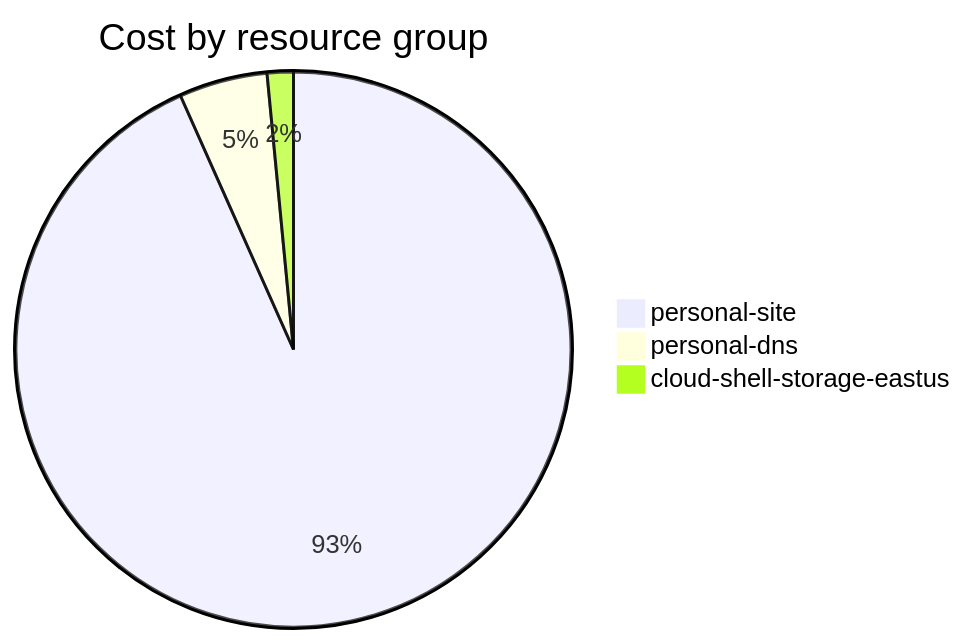
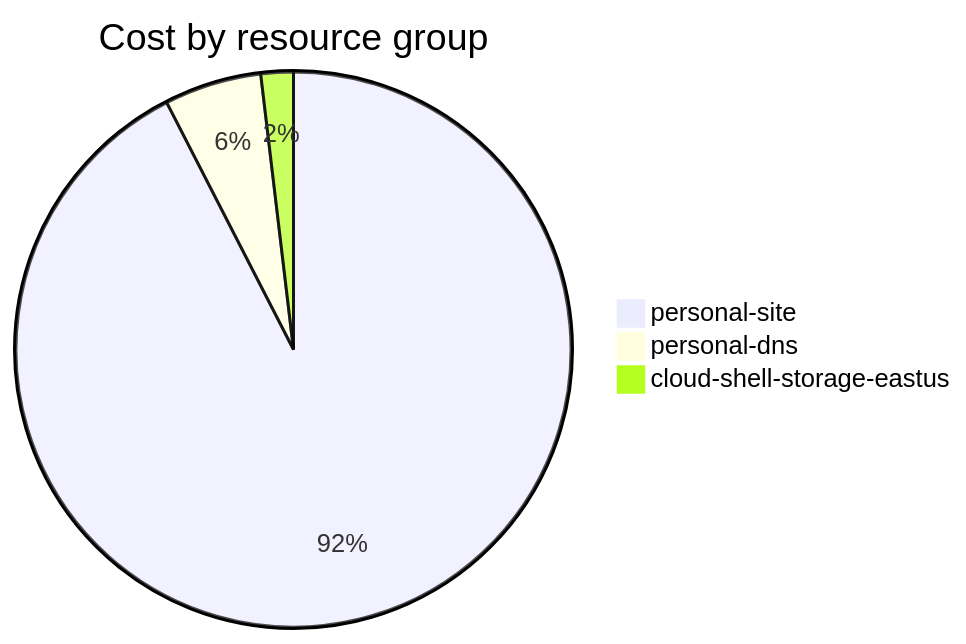
The fourth of 4 diagrams in cost-reports/accumulated-cost.md (jpfulton/azure-personal-reports), drawn with Mermaid before and after one commit. The commit also changed other lines of this file and 4 other files, not shown here.

````diff
--- a/cost-reports/accumulated-cost.md
+++ b/cost-reports/accumulated-cost.md
@@ -143,7 +137,7 @@
 ```mermaid
 pie
    title Cost by resource group
-   "personal-site" : 17.78
-   "personal-dns" : 0.98
-   "cloud-shell-storage-eastus" : 0.29
+   "personal-site" : 0.49
+   "personal-dns" : 0.03
+   "cloud-shell-storage-eastus" : 0.01
 ```
````
